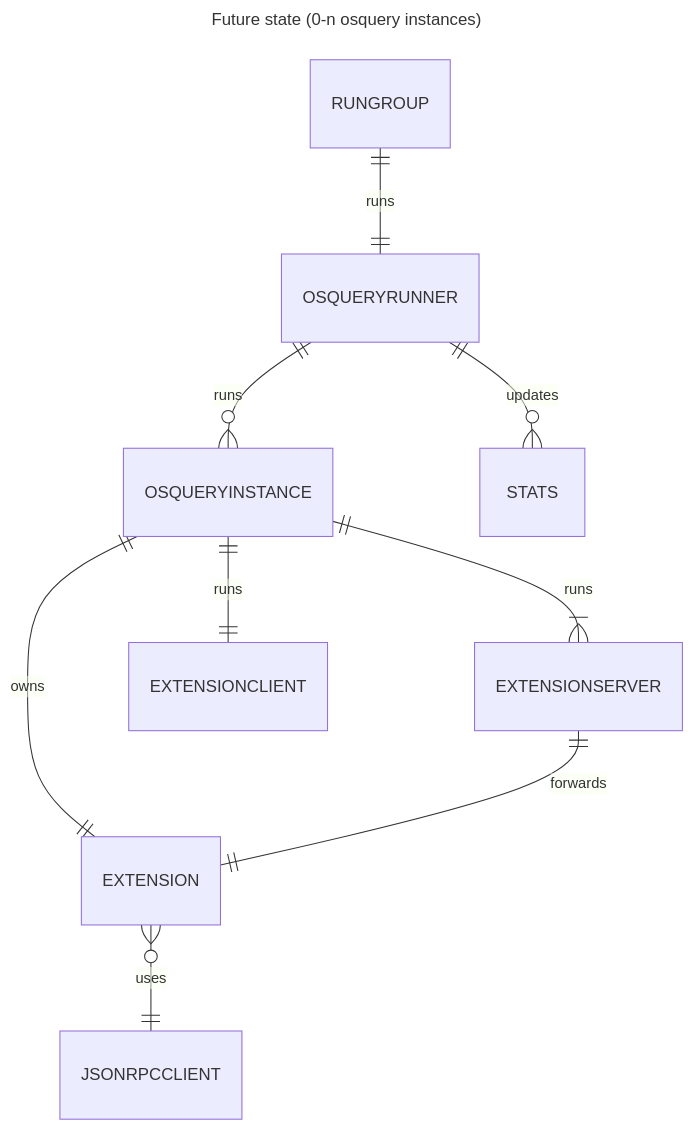
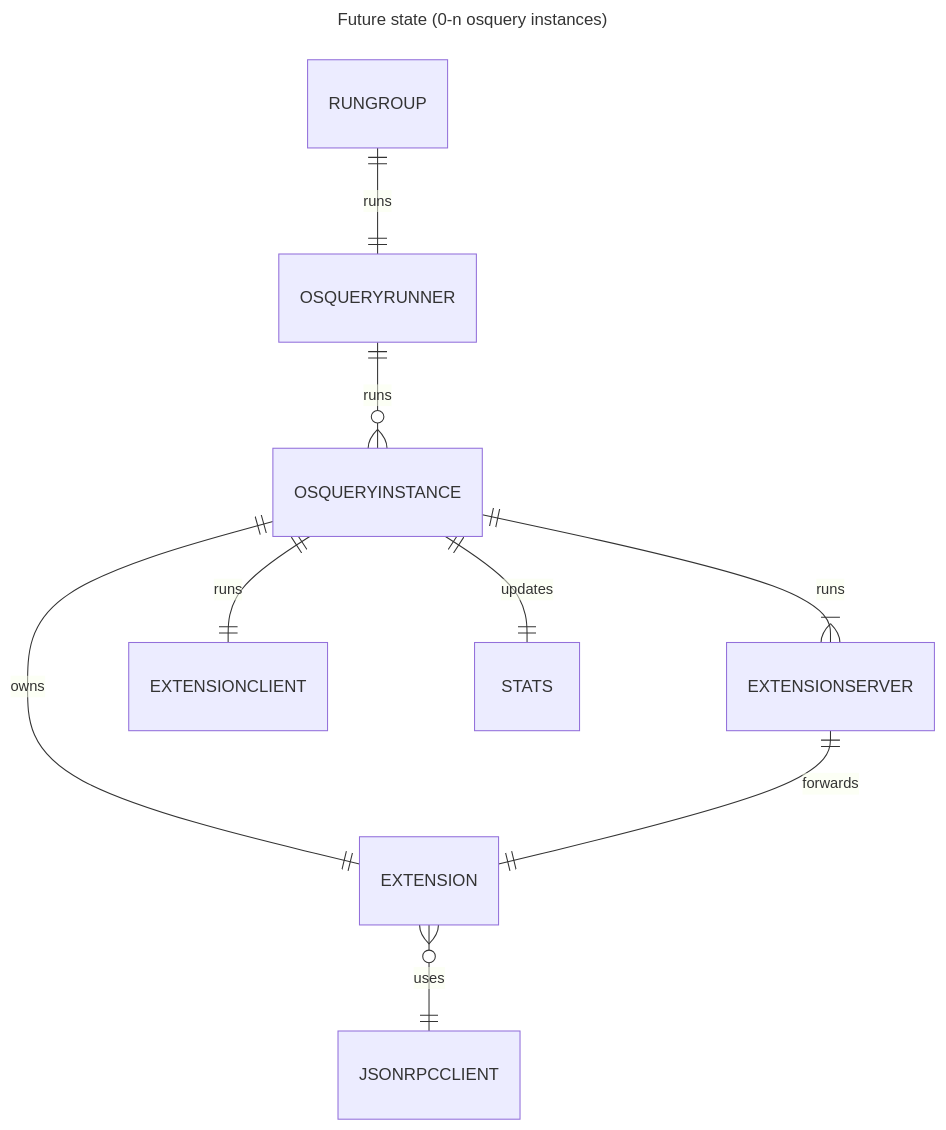
Before and after one commit to kolide/launcher: the third of 3 diagrams in docs/architecture/2024-10-23_osquery_refactor.md, drawn with Mermaid. The commit also changed other lines of this file and 2 other files, not shown here.

````diff
--- a/docs/architecture/2024-10-23_osquery_refactor.md
+++ b/docs/architecture/2024-10-23_osquery_refactor.md
@@ -71,14 +71,14 @@
 ```mermaid
 ---
 title: Future state (0-n osquery instances)
 ---
 erDiagram
     RUNGROUP ||--|| OSQUERYRUNNER : runs
     OSQUERYRUNNER ||--o{ OSQUERYINSTANCE: runs
     OSQUERYINSTANCE ||--|| EXTENSION : owns
     EXTENSION }o--|| JSONRPCCLIENT : uses
     OSQUERYINSTANCE ||--|{ EXTENSIONSERVER : runs
     OSQUERYINSTANCE ||--|| EXTENSIONCLIENT : runs
     EXTENSIONSERVER ||--|| EXTENSION : forwards
-    OSQUERYRUNNER ||--o{ STATS: updates
+    OSQUERYINSTANCE ||--|| STATS: updates
 ```
````
